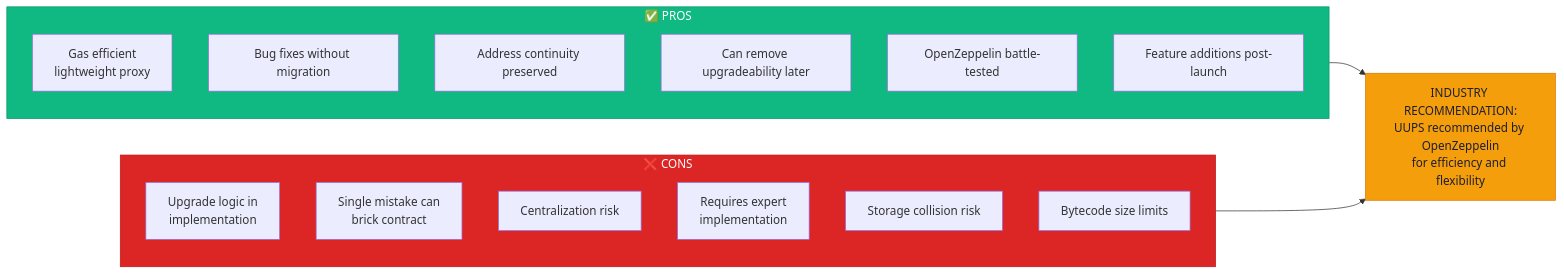
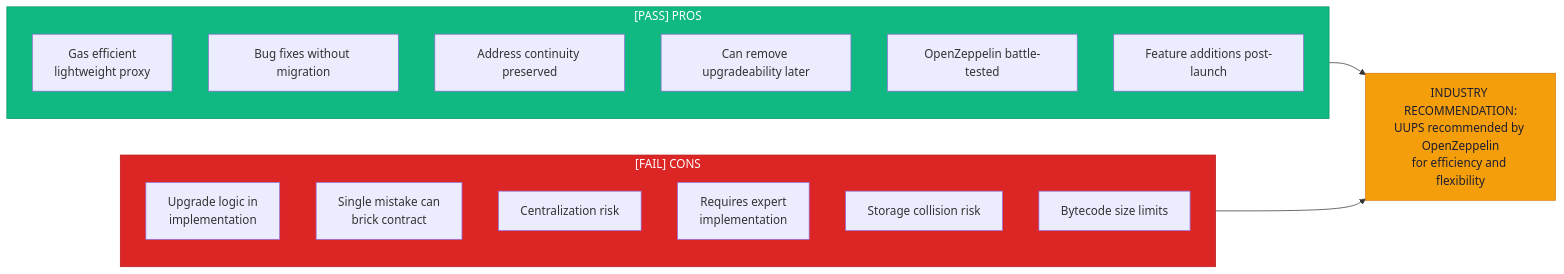
Before and after one commit to guglxni/the-fixer-hook: the first of 11 diagrams in docs/MARKET_SENTIMENT_ANALYSIS.md, drawn with Mermaid. The commit also changed other lines of this file and 15 other files, not shown here.

````diff
--- a/docs/MARKET_SENTIMENT_ANALYSIS.md
+++ b/docs/MARKET_SENTIMENT_ANALYSIS.md
@@ -55,29 +55,29 @@
 ```mermaid
 flowchart LR
-    subgraph pros["✅ PROS"]
+    subgraph pros["[PASS] PROS"]
         P1["Gas efficient\nlightweight proxy"]
         P2["Bug fixes without migration"]
         P3["Address continuity preserved"]
         P4["Can remove upgradeability later"]
         P5["OpenZeppelin battle-tested"]
         P6["Feature additions post-launch"]
     end
 
-    subgraph cons["❌ CONS"]
+    subgraph cons["[FAIL] CONS"]
         C1["Upgrade logic in\nimplementation"]
         C2["Single mistake can\nbrick contract"]
         C3["Centralization risk"]
         C4["Requires expert\nimplementation"]
         C5["Storage collision risk"]
         C6["Bytecode size limits"]
     end
 
     REC["INDUSTRY RECOMMENDATION:\nUUPS recommended by OpenZeppelin\nfor efficiency and flexibility"]
 
     pros --> REC
     cons --> REC
 
     style pros fill:#10B981,color:#FFFFFF,stroke:#059669
     style cons fill:#DC2626,color:#FFFFFF,stroke:#B91C1C
     style REC fill:#F59E0B,color:#1E1E2E,stroke:#D97706
 ```
````
